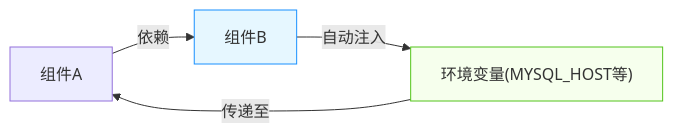
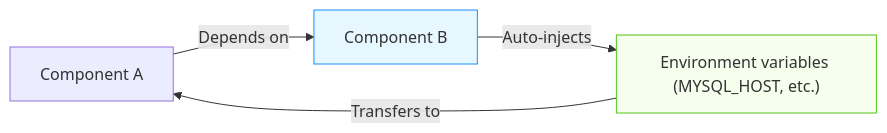
The diagram in docs/how-to-guides/app-ops/dependon.md (goodrain/rainbond-docs), drawn with Mermaid before and after one commit. The commit also changed other lines of this file and 855 other files, not shown here.

````diff
--- a/docs/how-to-guides/app-ops/dependon.md
+++ b/docs/how-to-guides/app-ops/dependon.md
@@ -14,8 +14,8 @@
 ```mermaid
 graph LR
-    A[组件A] -->|依赖| B[组件B]
-    B -->|自动注入| C["环境变量(MYSQL_HOST等)"]
-    C -->|传递至| A
+    A[Component A] -->|Depends on| B[Component B]
+    B -->|Auto-injects| C["Environment variables (MYSQL_HOST, etc.)"]
+    C -->|Transfers to| A
     style B fill:#e6f7ff,stroke:#1890ff
     style C fill:#f6ffed,stroke:#52c41a
 ```
````
